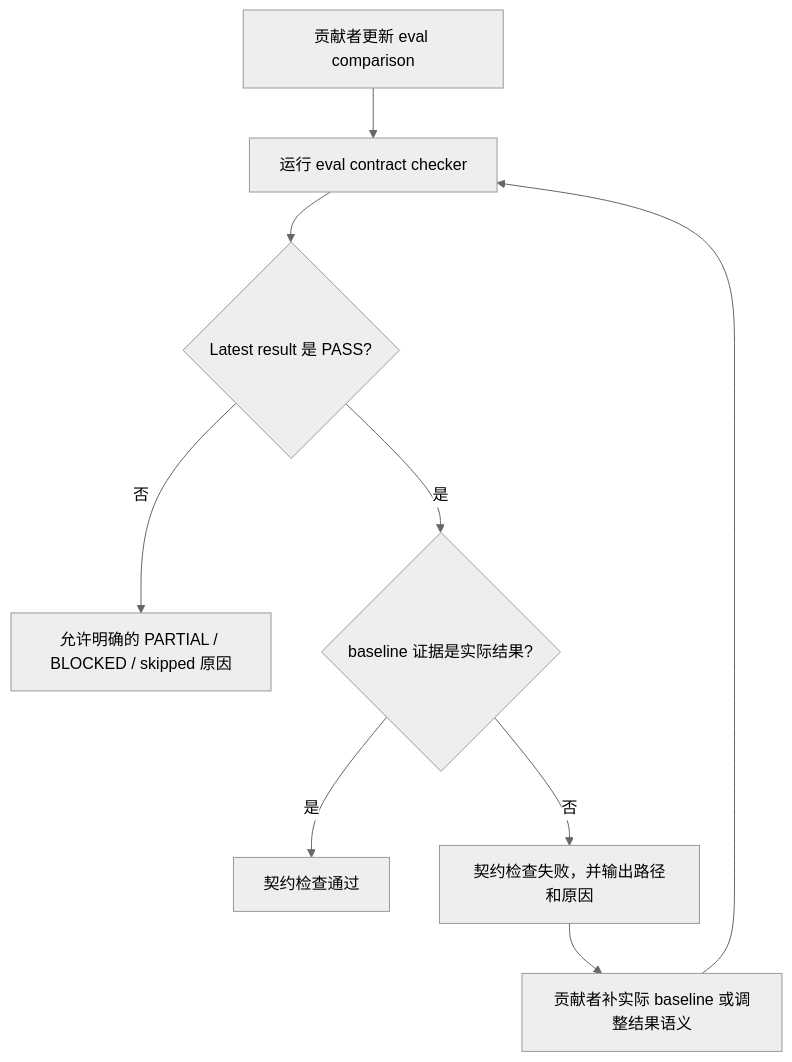
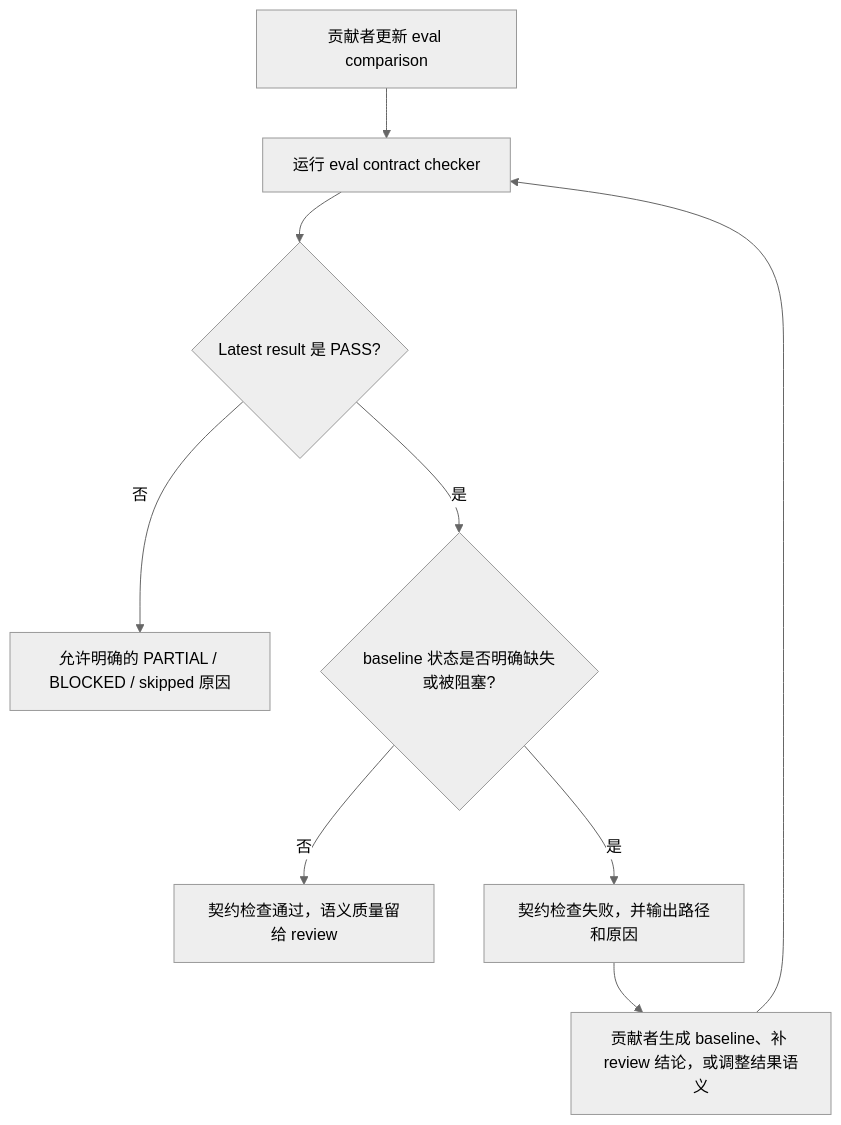
Before and after one commit to Neplich/dev-agent-skills: the diagram in docs/pm/eval-baseline-evidence-contract/PRD.md, drawn with Mermaid (neutral theme). The commit also changed other lines of this file and 4 other files, not shown here.

````diff
--- a/docs/pm/eval-baseline-evidence-contract/PRD.md
+++ b/docs/pm/eval-baseline-evidence-contract/PRD.md
@@ -96,11 +99,11 @@
 ```mermaid
 flowchart TD
     A["贡献者更新 eval comparison"] --> B["运行 eval contract checker"]
     B --> C{"Latest result 是 PASS?"}
     C -->|否| D["允许明确的 PARTIAL / BLOCKED / skipped 原因"]
-    C -->|是| E{"baseline 证据是实际结果?"}
-    E -->|是| F["契约检查通过"]
-    E -->|否| G["契约检查失败，并输出路径和原因"]
-    G --> H["贡献者补实际 baseline 或调整结果语义"]
+    C -->|是| E{"baseline 状态是否明确缺失或被阻塞?"}
+    E -->|否| F["契约检查通过，语义质量留给 review"]
+    E -->|是| G["契约检查失败，并输出路径和原因"]
+    G --> H["贡献者生成 baseline、补 review 结论，或调整结果语义"]
     H --> B
 ```
````
